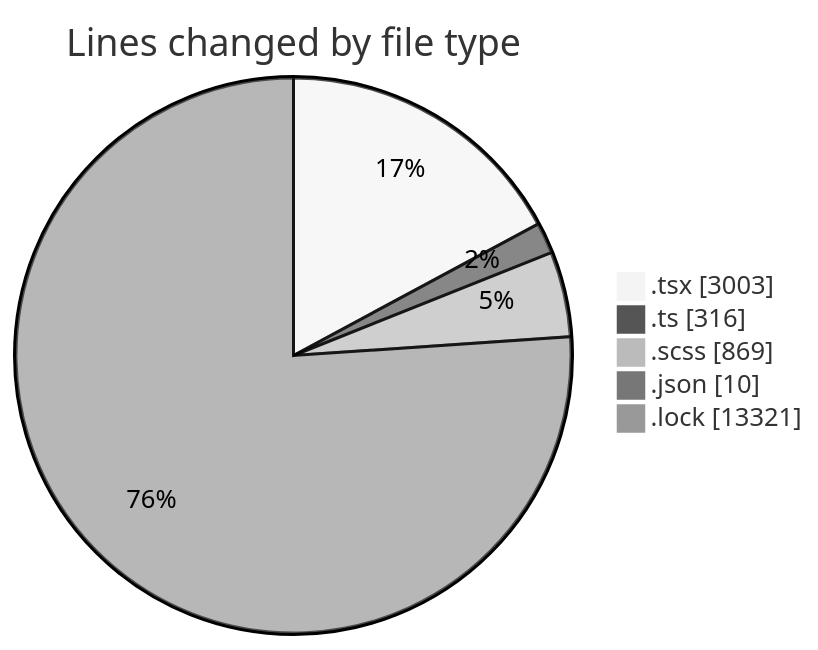
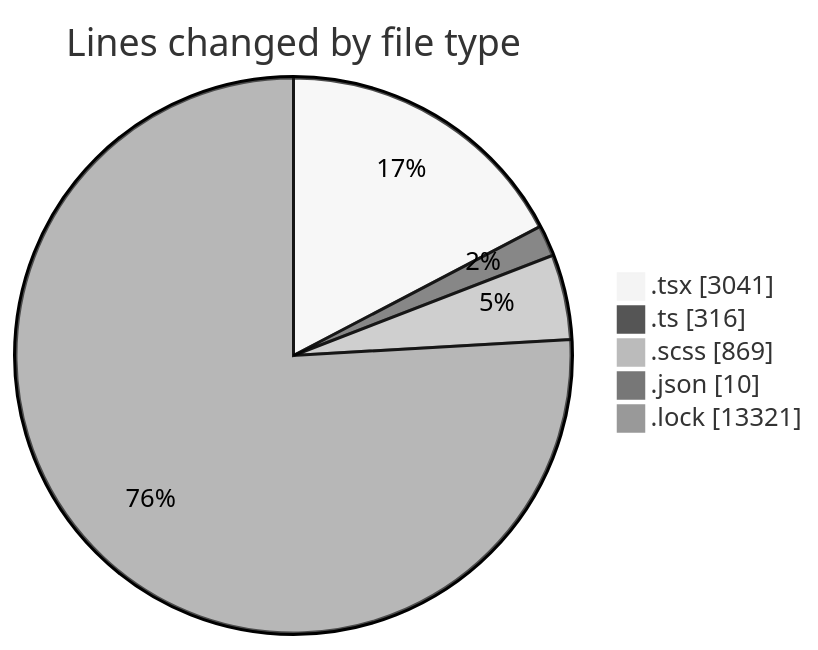
The first of 2 diagrams in 2025-02-12/cda/README.md (momahboobian/code-tracking), drawn with Mermaid (neutral theme) before and after one commit. The commit also changed other lines of this file and 1 other file, not shown here.

````diff
--- a/2025-02-12/cda/README.md
+++ b/2025-02-12/cda/README.md
@@ -34,9 +34,9 @@
 ```mermaid
 pie showData
 title Lines changed by file type
-".tsx" : 3003
+".tsx" : 3041
 ".ts" : 316
 ".scss" : 869
 ".json" : 10
 ".lock" : 13321
 ```
````
